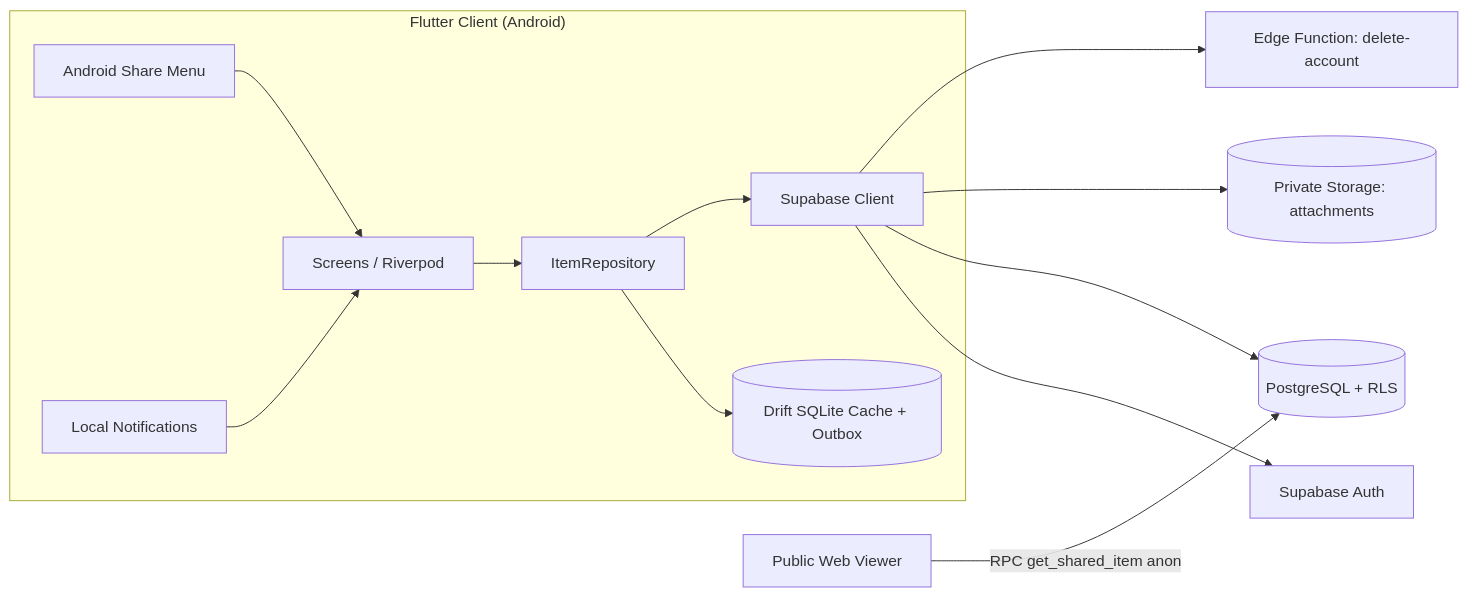
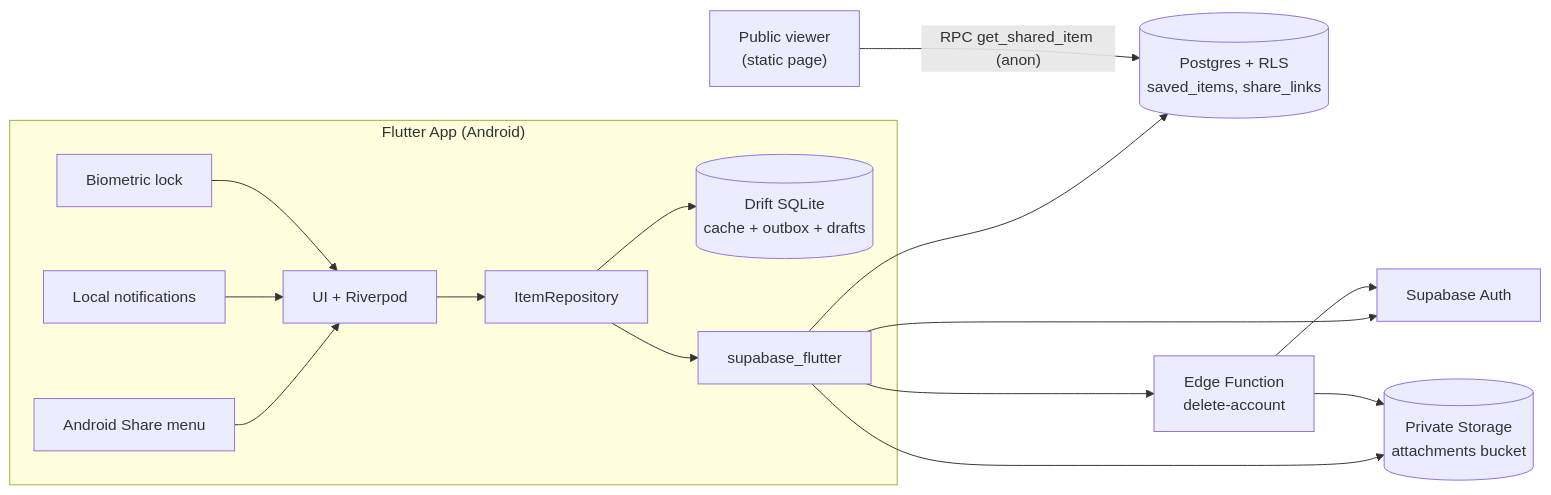
The diagram in README.md (codewithrim/stashly-2.0), drawn with Mermaid before and after one commit. The commit also changed other lines of this file, not shown here.

Commit message:
docs: update README with full project highlights, architecture diagram, and submission details

````diff
--- a/README.md
+++ b/README.md
@@ -29,15 +31,18 @@
 ```mermaid
 flowchart LR
-  subgraph Phone["Flutter Client (Android)"]
-    UI[Screens / Riverpod] --> Repo[ItemRepository]
-    Repo --> Local[(Drift SQLite Cache + Outbox)]
-    Repo --> Remote[Supabase Client]
-    Share[Android Share Menu] --> UI
-    Notif[Local Notifications] --> UI
+  subgraph App["Flutter App (Android)"]
+    UI["UI + Riverpod"] --> Repo["ItemRepository"]
+    Repo --> Local[("Drift SQLite<br/>cache + outbox + drafts")]
+    Repo --> Client["supabase_flutter"]
+    Share["Android Share menu"] --> UI
+    Notif["Local notifications"] --> UI
+    Lock["Biometric lock"] --> UI
   end
-  Remote --> Auth[Supabase Auth]
-  Remote --> DB[(PostgreSQL + RLS)]
-  Remote --> Store[(Private Storage: attachments)]
-  Remote --> Fn[Edge Function: delete-account]
-  Viewer[Public Web Viewer] -->|RPC get_shared_item anon| DB
+  Client --> Auth["Supabase Auth"]
+  Client --> DB[("Postgres + RLS<br/>saved_items, share_links")]
+  Client --> Store[("Private Storage<br/>attachments bucket")]
+  Client --> Fn["Edge Function<br/>delete-account"]
+  Fn --> Auth
+  Fn --> Store
+  Web["Public viewer<br/>(static page)"] -->|"RPC get_shared_item (anon)"| DB
 ```
````
